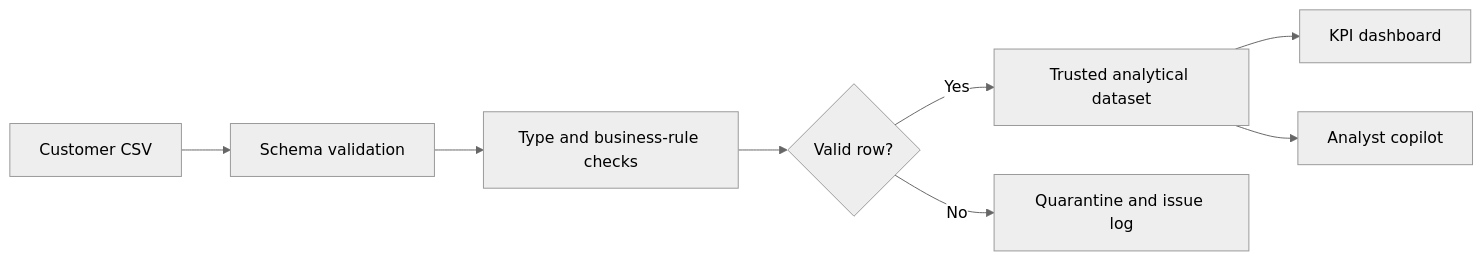
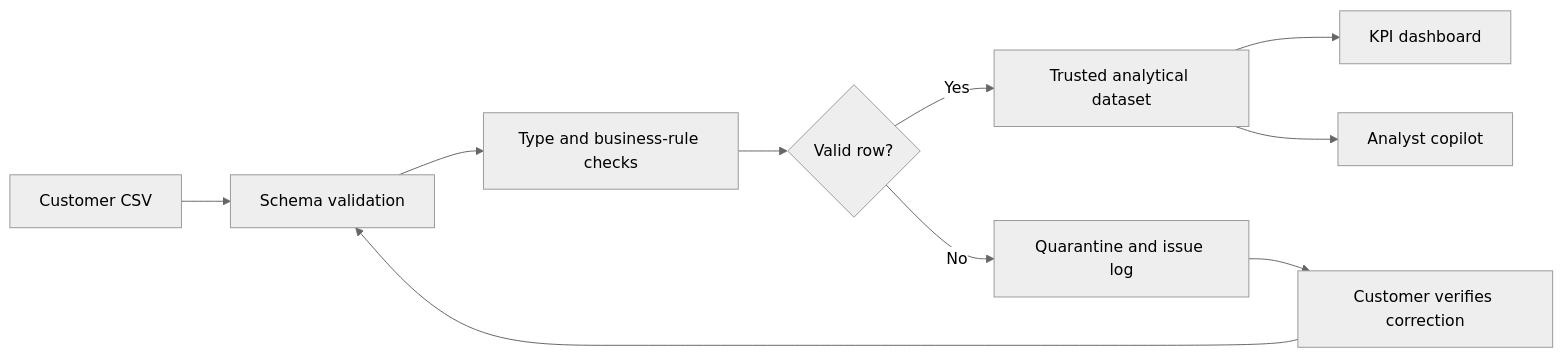
Before and after one commit to krishnamvwala/pulseops-forward-deployed-analytics: the diagram in README.md, drawn with Mermaid (neutral theme). The commit also changed other lines of this file and 6 other files, not shown here.

````diff
--- a/README.md
+++ b/README.md
@@ -40,10 +47,12 @@
 ```mermaid
 flowchart LR
     A[Customer CSV] --> B[Schema validation]
     B --> C[Type and business-rule checks]
     C --> D{Valid row?}
     D -->|Yes| E[Trusted analytical dataset]
     D -->|No| F[Quarantine and issue log]
+    F --> I[Customer verifies correction]
+    I --> B
     E --> G[KPI dashboard]
     E --> H[Analyst copilot]
 ```
````
